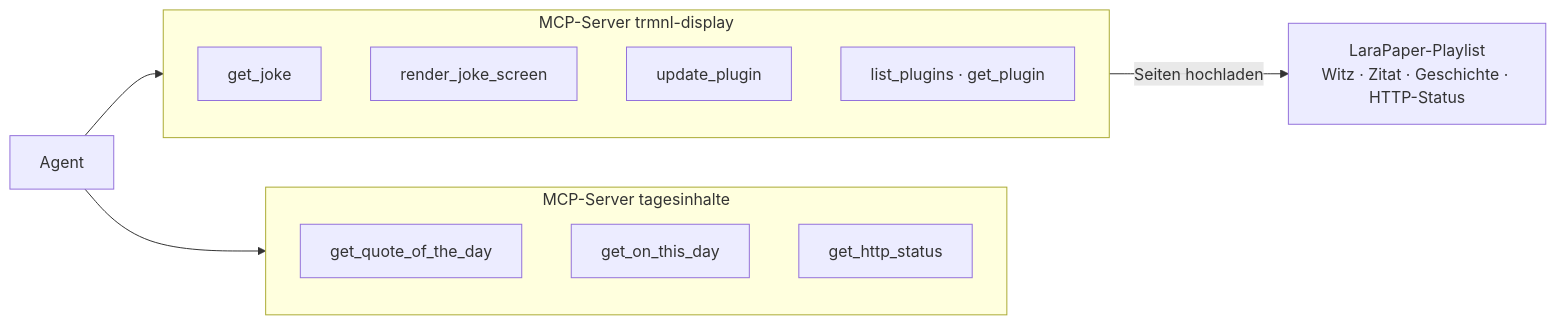
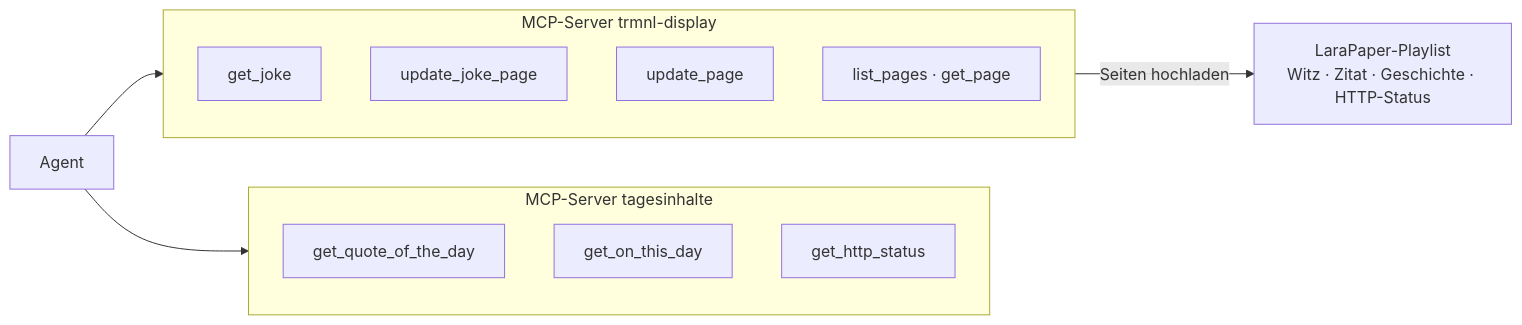
One commit to Stiriacus/TRMNL-MCP changed the second of 2 diagrams in docs-guide/05-api-zu-mcp.md. Above: the diagram before and after it, drawn with Mermaid. The commit also changed other lines of this file and 16 other files, not shown here.

````diff
--- a/docs-guide/05-api-zu-mcp.md
+++ b/docs-guide/05-api-zu-mcp.md
@@ -123,17 +126,17 @@
 ```mermaid
 flowchart LR
     subgraph S1 [MCP-Server tagesinhalte]
         Q[get_quote_of_the_day]
         O[get_on_this_day]
         HS[get_http_status]
     end
     subgraph S2 [MCP-Server trmnl-display]
         J[get_joke]
-        R[render_joke_screen]
-        U[update_plugin]
-        L[list_plugins · get_plugin]
+        R[update_joke_page]
+        U[update_page]
+        L[list_pages · get_page]
     end
     AG[Agent] --> S1
     AG --> S2
     S2 -->|Seiten hochladen| LP[LaraPaper-Playlist<br/>Witz · Zitat · Geschichte · HTTP-Status]
 ```
````
